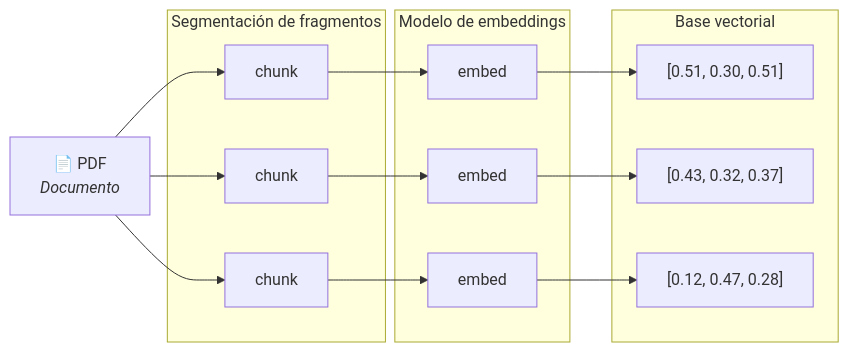
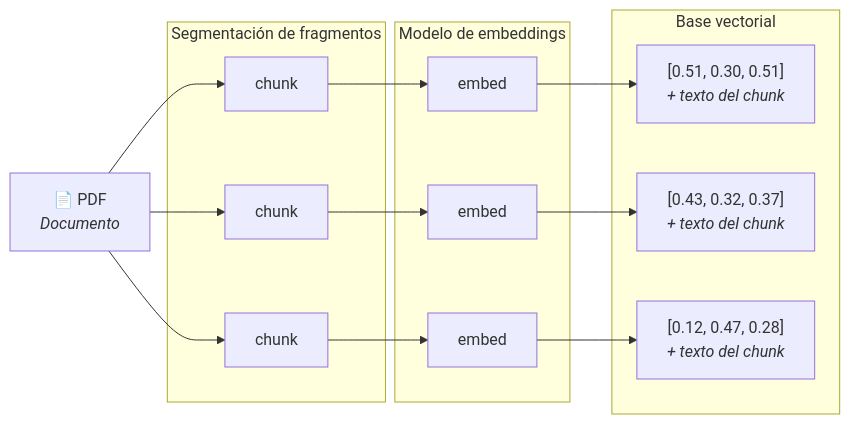
The fourth of 7 diagrams in src/content/blog/es/que-es-rag.md (jcontrerasm/jcontrerasm.github.io), drawn with Mermaid before and after one commit. The commit also changed other lines of this file and 3 other files, not shown here.

````diff
--- a/src/content/blog/es/que-es-rag.md
+++ b/src/content/blog/es/que-es-rag.md
@@ -77,22 +96,22 @@
 ```mermaid
 flowchart LR
     PDF["📄 PDF<br/><i>Documento</i>"]
     subgraph S["Segmentación de fragmentos"]
         C1[chunk]
         C2[chunk]
         C3[chunk]
     end
     subgraph M["Modelo de embeddings"]
         E1[embed]
         E2[embed]
         E3[embed]
     end
     subgraph DB["Base vectorial"]
-        V1["[0.51, 0.30, 0.51]"]
-        V2["[0.43, 0.32, 0.37]"]
-        V3["[0.12, 0.47, 0.28]"]
+        V1["[0.51, 0.30, 0.51]<br/><i>+ texto del chunk</i>"]
+        V2["[0.43, 0.32, 0.37]<br/><i>+ texto del chunk</i>"]
+        V3["[0.12, 0.47, 0.28]<br/><i>+ texto del chunk</i>"]
     end
     PDF --> C1 --> E1 --> V1
     PDF --> C2 --> E2 --> V2
     PDF --> C3 --> E3 --> V3
 ```
````
